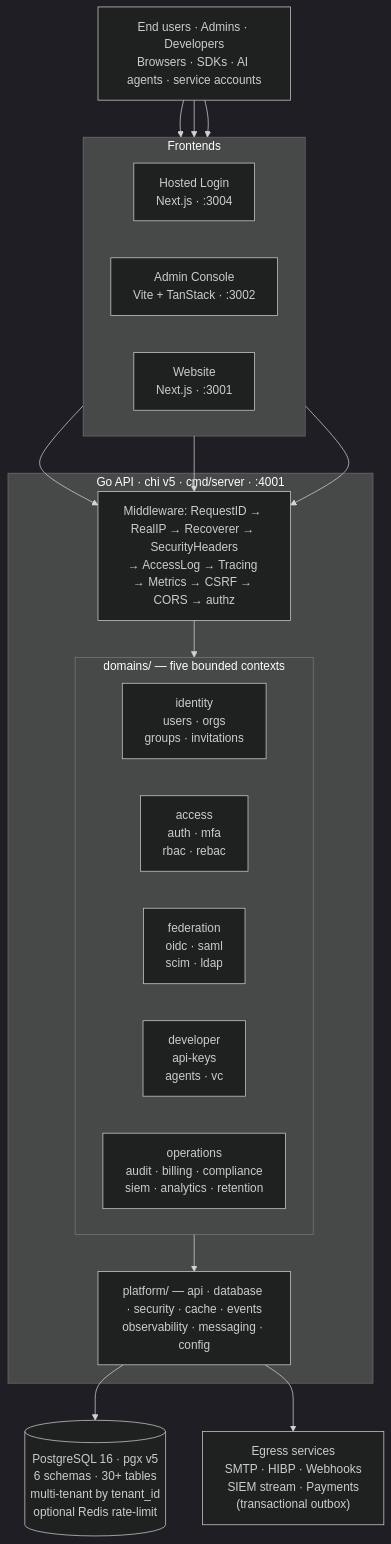
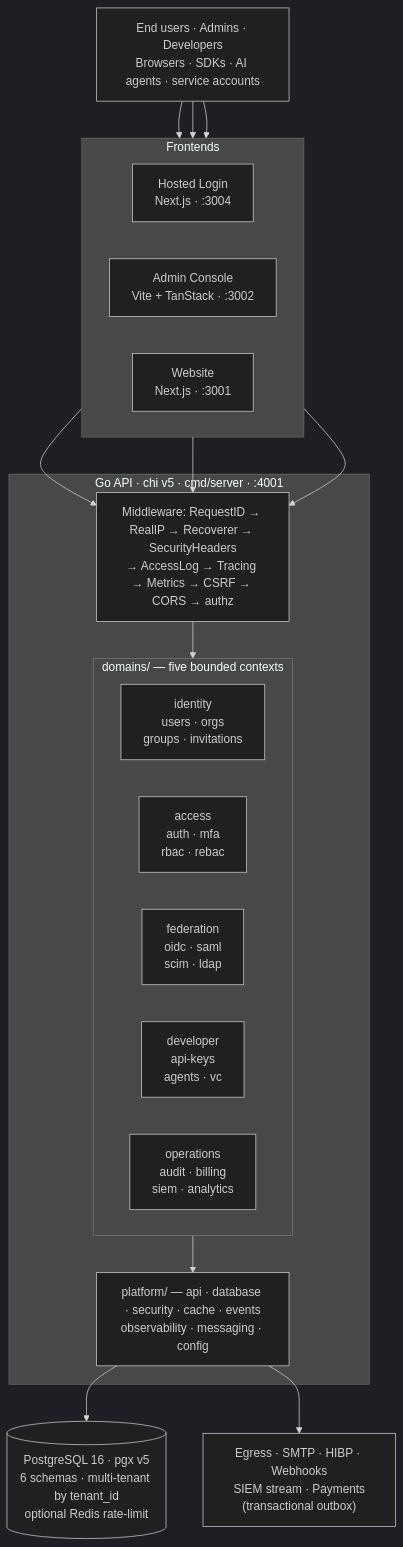
One commit to qeetgroup/qeet-id-server changed the diagram in README.md. Above: the diagram before and after it, drawn with Mermaid (dark theme). The commit also changed other lines of this file and 2 other files, not shown here.

````diff
--- a/README.md
+++ b/README.md
@@ -77,35 +74,35 @@
 ```mermaid
 flowchart TB
     clients["End users · Admins · Developers<br/>Browsers · SDKs · AI agents · service accounts"]
 
     subgraph frontends["Frontends"]
         direction LR
         login["Hosted Login<br/>Next.js · :3004"]
         console["Admin Console<br/>Vite + TanStack · :3002"]
         website["Website<br/>Next.js · :3001"]
     end
 
     subgraph api["Go API · chi v5 · cmd/server · :4001"]
         mw["Middleware: RequestID → RealIP → Recoverer → SecurityHeaders<br/>→ AccessLog → Tracing → Metrics → CSRF → CORS → authz"]
         subgraph domains["domains/ — five bounded contexts"]
             direction LR
             identity["identity<br/>users · orgs<br/>groups · invitations"]
             access["access<br/>auth · mfa<br/>rbac · rebac"]
             federation["federation<br/>oidc · saml<br/>scim · ldap"]
             developer["developer<br/>api-keys<br/>agents · vc"]
-            operations["operations<br/>audit · billing · compliance<br/>siem · analytics · retention"]
+            operations["operations<br/>audit · billing<br/>siem · analytics"]
         end
         platform["platform/ — api · database · security · cache · events<br/>observability · messaging · config"]
         mw --> domains --> platform
     end
 
-    pg[("PostgreSQL 16 · pgx v5<br/>6 schemas · 30+ tables<br/>multi-tenant by tenant_id<br/>optional Redis rate-limit")]
-    egress["Egress services<br/>SMTP · HIBP · Webhooks<br/>SIEM stream · Payments<br/>(transactional outbox)"]
+    pg[("PostgreSQL 16 · pgx v5<br/>6 schemas · multi-tenant by tenant_id<br/>optional Redis rate-limit")]
+    egress["Egress · SMTP · HIBP · Webhooks<br/>SIEM stream · Payments<br/>(transactional outbox)"]
 
     clients --> login & console & website
     login --> mw
     console --> mw
     website --> mw
     platform --> pg
     platform --> egress
 ```
````
